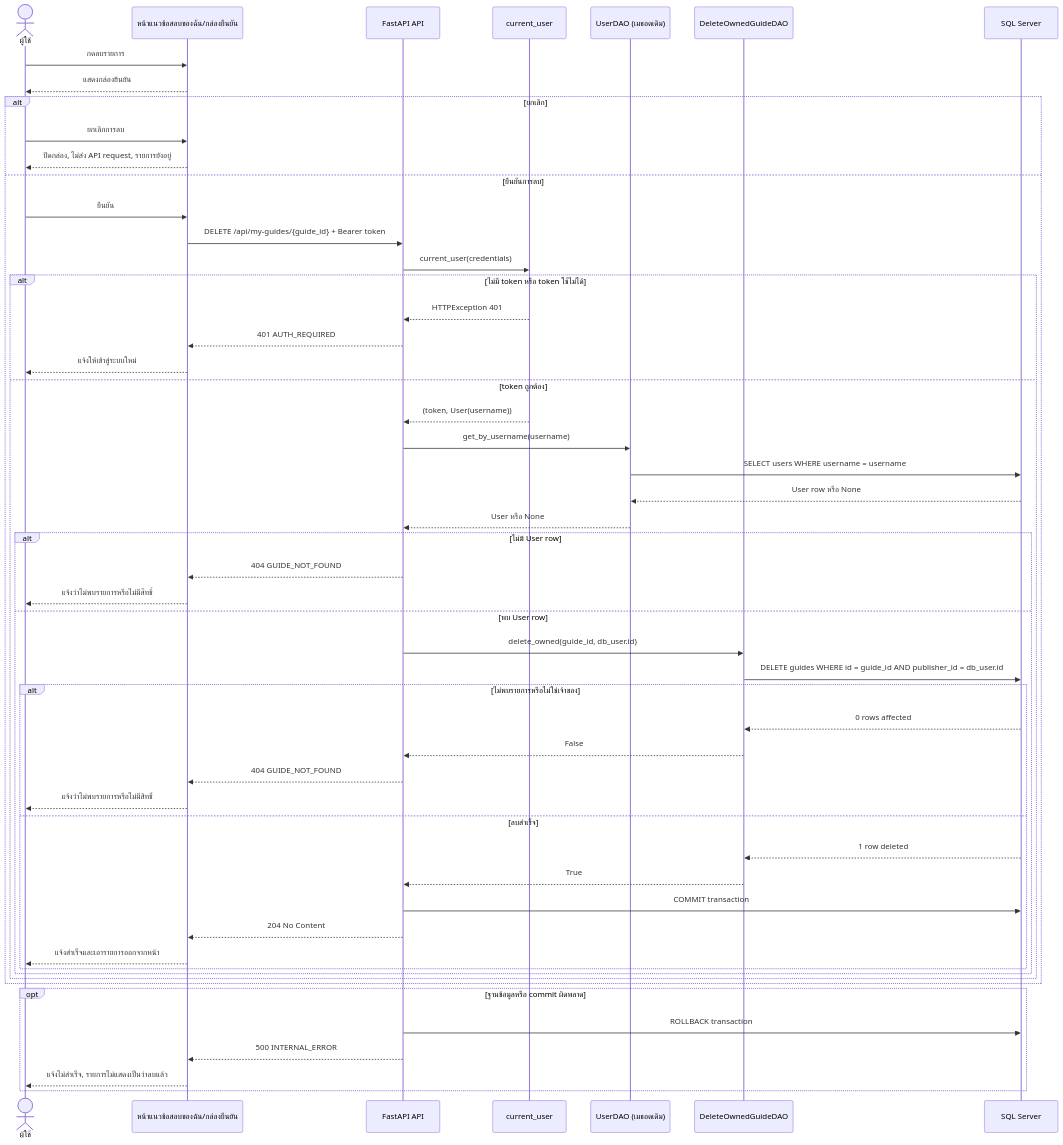
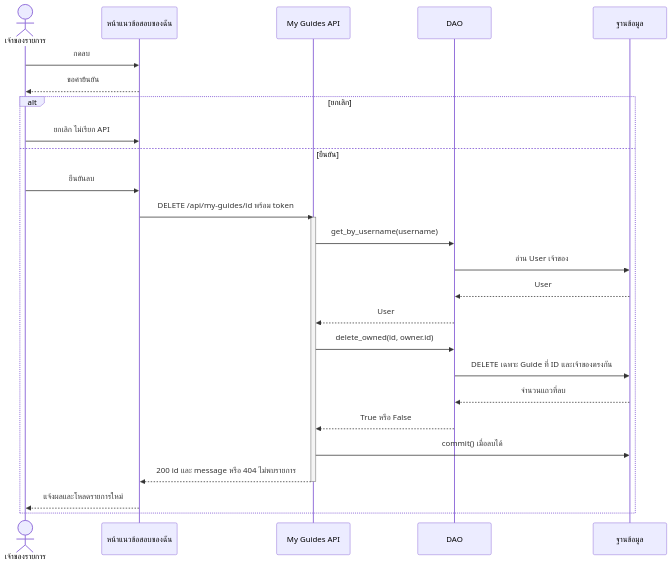
One commit to Lilieay/CS261-Group4-Project changed the third of 3 diagrams in docs/U5/design/task66-my-guides-management-sequence-diagram.md. Above: the diagram before and after it, drawn with Mermaid. The commit also changed other lines of this file and 11 other files, not shown here.

Commit message:
docs: align sprint1 diagrams and data models with implementation

````diff
--- a/docs/U5/design/task66-my-guides-management-sequence-diagram.md
+++ b/docs/U5/design/task66-my-guides-management-sequence-diagram.md
@@ -108,57 +70,29 @@
 ```mermaid
 sequenceDiagram
-    actor User as ผู้ใช้
-    participant UI as หน้าแนวข้อสอบของฉัน/กล่องยืนยัน
-    participant API as FastAPI API
-    participant Auth as current_user
-    participant UDAO as UserDAO (เมธอดเดิม)
-    participant DAO as DeleteOwnedGuideDAO
-    participant DB as SQL Server
-
-    User->>UI: กดลบรายการ
-    UI-->>User: แสดงกล่องยืนยัน
+    actor Student as เจ้าของรายการ
+    participant UI as หน้าแนวข้อสอบของฉัน
+    participant API as My Guides API
+    participant DAO as DAO
+    participant DB as ฐานข้อมูล
+    Student->>UI: กดลบ
+    UI-->>Student: ขอคำยืนยัน
     alt ยกเลิก
-        User->>UI: ยกเลิกการลบ
-        UI-->>User: ปิดกล่อง, ไม่ส่ง API request, รายการยังอยู่
-    else ยืนยันการลบ
-        User->>UI: ยืนยัน
-        UI->>API: DELETE /api/my-guides/{guide_id} + Bearer token
-        API->>Auth: current_user(credentials)
-        alt ไม่มี token หรือ token ใช้ไม่ได้
-            Auth-->>API: HTTPException 401
-            API-->>UI: 401 AUTH_REQUIRED
-            UI-->>User: แจ้งให้เข้าสู่ระบบใหม่
-        else token ถูกต้อง
-            Auth-->>API: (token, User(username))
-            API->>UDAO: get_by_username(username)
-            UDAO->>DB: SELECT users WHERE username = username
-            DB-->>UDAO: User row หรือ None
-            UDAO-->>API: User หรือ None
-            alt ไม่มี User row
-                API-->>UI: 404 GUIDE_NOT_FOUND
-                UI-->>User: แจ้งว่าไม่พบรายการหรือไม่มีสิทธิ์
-            else พบ User row
-                API->>DAO: delete_owned(guide_id, db_user.id)
-                DAO->>DB: DELETE guides WHERE id = guide_id AND publisher_id = db_user.id
-                alt ไม่พบรายการหรือไม่ใช่เจ้าของ
-                    DB-->>DAO: 0 rows affected
-                    DAO-->>API: False
-                    API-->>UI: 404 GUIDE_NOT_FOUND
-                    UI-->>User: แจ้งว่าไม่พบรายการหรือไม่มีสิทธิ์
-                else ลบสำเร็จ
-                    DB-->>DAO: 1 row deleted
-                    DAO-->>API: True
-                    API->>DB: COMMIT transaction
-                    API-->>UI: 204 No Content
-                    UI-->>User: แจ้งสำเร็จและเอารายการออกจากหน้า
-                end
-            end
-        end
-    end
-
-    opt ฐานข้อมูลหรือ commit ผิดพลาด
-        API->>DB: ROLLBACK transaction
-        API-->>UI: 500 INTERNAL_ERROR
-        UI-->>User: แจ้งไม่สำเร็จ, รายการไม่แสดงเป็นว่าลบแล้ว
+        Student->>UI: ยกเลิก ไม่เรียก API
+    else ยืนยัน
+        Student->>UI: ยืนยันลบ
+        UI->>API: DELETE /api/my-guides/id พร้อม token
+        activate API
+        API->>DAO: get_by_username(username)
+        DAO->>DB: อ่าน User เจ้าของ
+        DB-->>DAO: User
+        DAO-->>API: User
+        API->>DAO: delete_owned(id, owner.id)
+        DAO->>DB: DELETE เฉพาะ Guide ที่ ID และเจ้าของตรงกัน
+        DB-->>DAO: จำนวนแถวที่ลบ
+        DAO-->>API: True หรือ False
+        API->>DB: commit() เมื่อลบได้
+        API-->>UI: 200 id และ message หรือ 404 ไม่พบรายการ
+        deactivate API
+        UI-->>Student: แจ้งผลและโหลดรายการใหม่
     end
 ```
````
